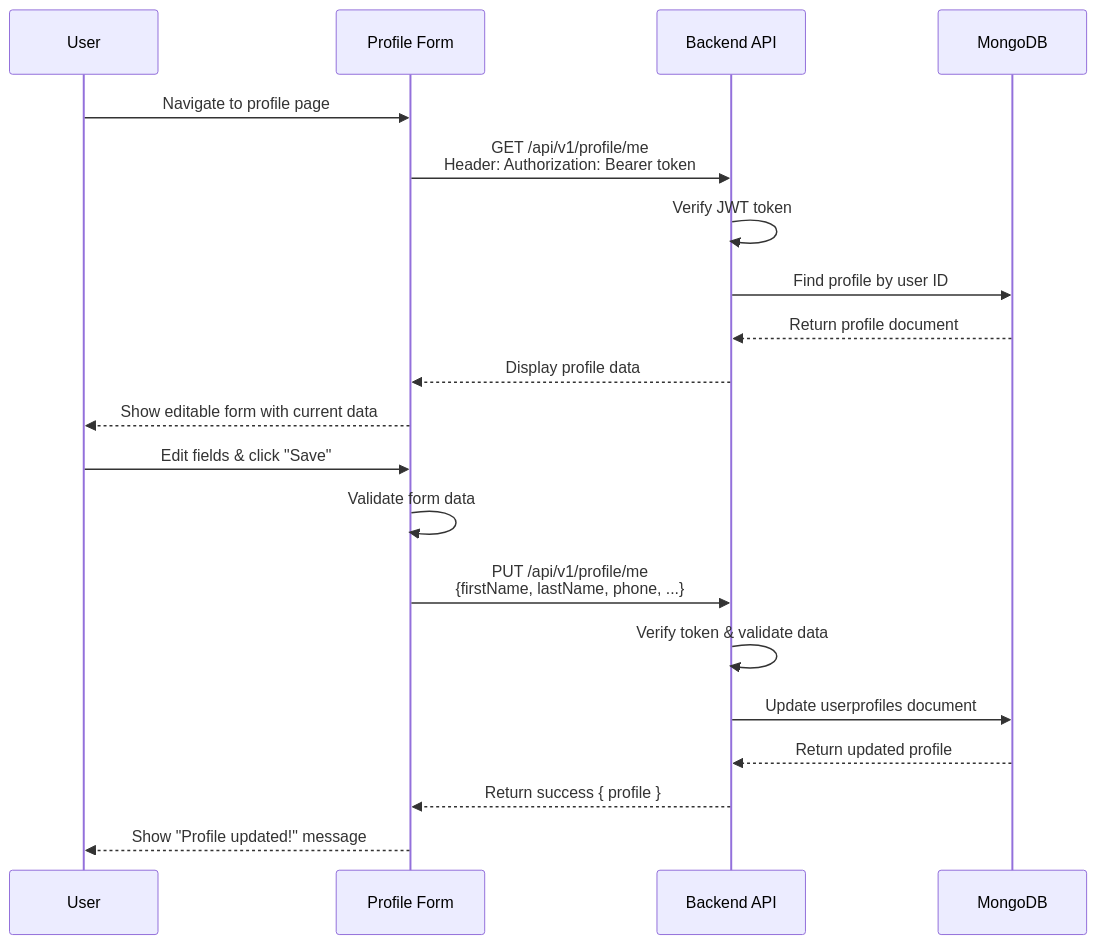
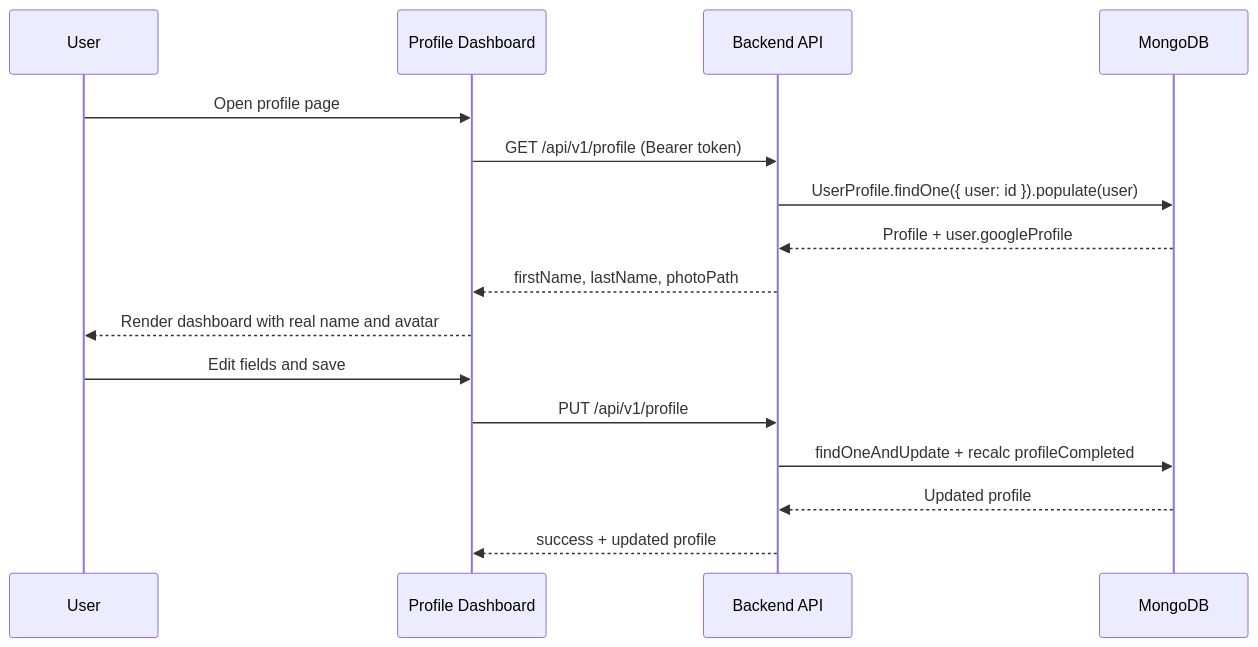
The third of 6 diagrams in docs/DATABASE_PLAN.md (Team-Kaizen-MMDC/mmdc-wst), drawn with Mermaid before and after one commit. The commit also changed other lines of this file, not shown here.

Commit message:
Implement feature X to enhance user experience and optimize performance

````diff
--- a/docs/DATABASE_PLAN.md
+++ b/docs/DATABASE_PLAN.md
@@ -758,24 +573,20 @@
 ```mermaid
 sequenceDiagram
     participant User
-    participant UI as Profile Form
+    participant UI as Profile Dashboard
     participant API as Backend API
     participant DB as MongoDB
 
-    User->>UI: Navigate to profile page
-    UI->>API: GET /api/v1/profile/me<br/>Header: Authorization: Bearer token
-    API->>API: Verify JWT token
-    API->>DB: Find profile by user ID
-    DB-->>API: Return profile document
-    API-->>UI: Display profile data
-    UI-->>User: Show editable form with current data
+    User->>UI: Open profile page
+    UI->>API: GET /api/v1/profile (Bearer token)
+    API->>DB: UserProfile.findOne({ user: id }).populate(user)
+    DB-->>API: Profile + user.googleProfile
+    API-->>UI: firstName, lastName, photoPath
+    UI-->>User: Render dashboard with real name and avatar
 
-    User->>UI: Edit fields & click "Save"
-    UI->>UI: Validate form data
-    UI->>API: PUT /api/v1/profile/me<br/>{firstName, lastName, phone, ...}
-    API->>API: Verify token & validate data
-    API->>DB: Update userprofiles document
-    DB-->>API: Return updated profile
-    API-->>UI: Return success { profile }
-    UI-->>User: Show "Profile updated!" message
+    User->>UI: Edit fields and save
+    UI->>API: PUT /api/v1/profile
+    API->>DB: findOneAndUpdate + recalc profileCompleted
+    DB-->>API: Updated profile
+    API-->>UI: success + updated profile
 ```
````
